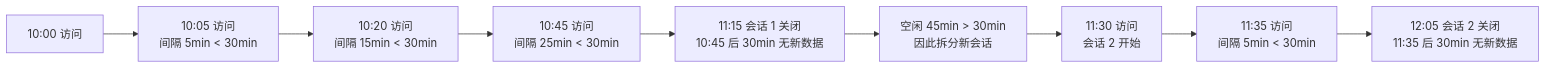
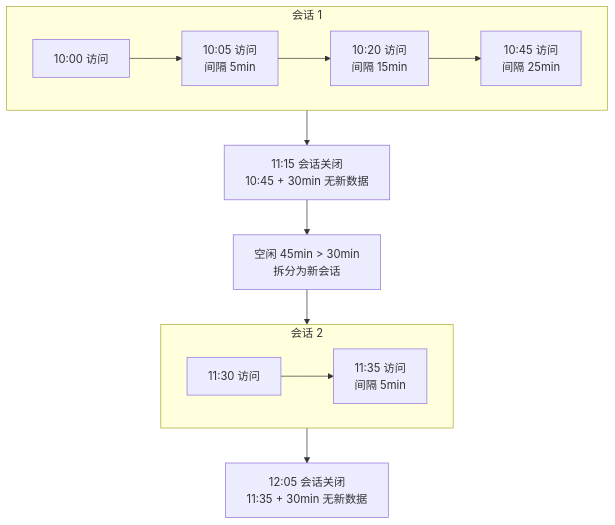
One commit to LiPingjiang/Full-Stack-Knowledge-Book changed the first of 8 diagrams in part6-bigdata/05-Flink.md. Above: the diagram before and after it, drawn with Mermaid.

Commit message:
docs(bigdata): 优化 Flink 会话窗口图示为分组 flowchart
用 subgraph 区分两个会话并标出关闭与拆分节点，提升可读性并避免 timeline 语法解析问题。

````diff
--- a/part6-bigdata/05-Flink.md
+++ b/part6-bigdata/05-Flink.md
@@ -283,11 +283,18 @@
 ```mermaid
-flowchart LR
-    A1["10:00 访问"] --> A2["10:05 访问<br/>间隔 5min < 30min"]
-    A2 --> A3["10:20 访问<br/>间隔 15min < 30min"]
-    A3 --> A4["10:45 访问<br/>间隔 25min < 30min"]
-    A4 --> A5["11:15 会话 1 关闭<br/>10:45 后 30min 无新数据"]
-    A5 --> B["空闲 45min > 30min<br/>因此拆分新会话"]
-    B --> C1["11:30 访问<br/>会话 2 开始"]
-    C1 --> C2["11:35 访问<br/>间隔 5min < 30min"]
-    C2 --> C3["12:05 会话 2 关闭<br/>11:35 后 30min 无新数据"]
+flowchart TB
+    subgraph S1["会话 1"]
+        direction LR
+        A1["10:00 访问"] --> A2["10:05 访问<br/>间隔 5min"]
+        A2 --> A3["10:20 访问<br/>间隔 15min"]
+        A3 --> A4["10:45 访问<br/>间隔 25min"]
+    end
+    A5["11:15 会话关闭<br/>10:45 + 30min 无新数据"]
+    B["空闲 45min > 30min<br/>拆分为新会话"]
+    subgraph S2["会话 2"]
+        direction LR
+        C1["11:30 访问"] --> C2["11:35 访问<br/>间隔 5min"]
+    end
+    C3["12:05 会话关闭<br/>11:35 + 30min 无新数据"]
+
+    S1 --> A5 --> B --> S2 --> C3
 ```
````
